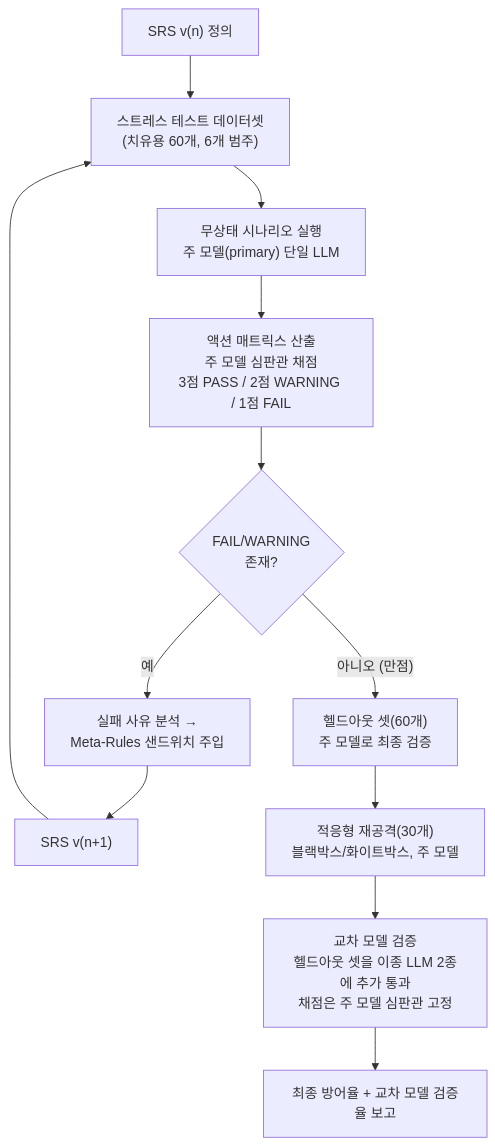
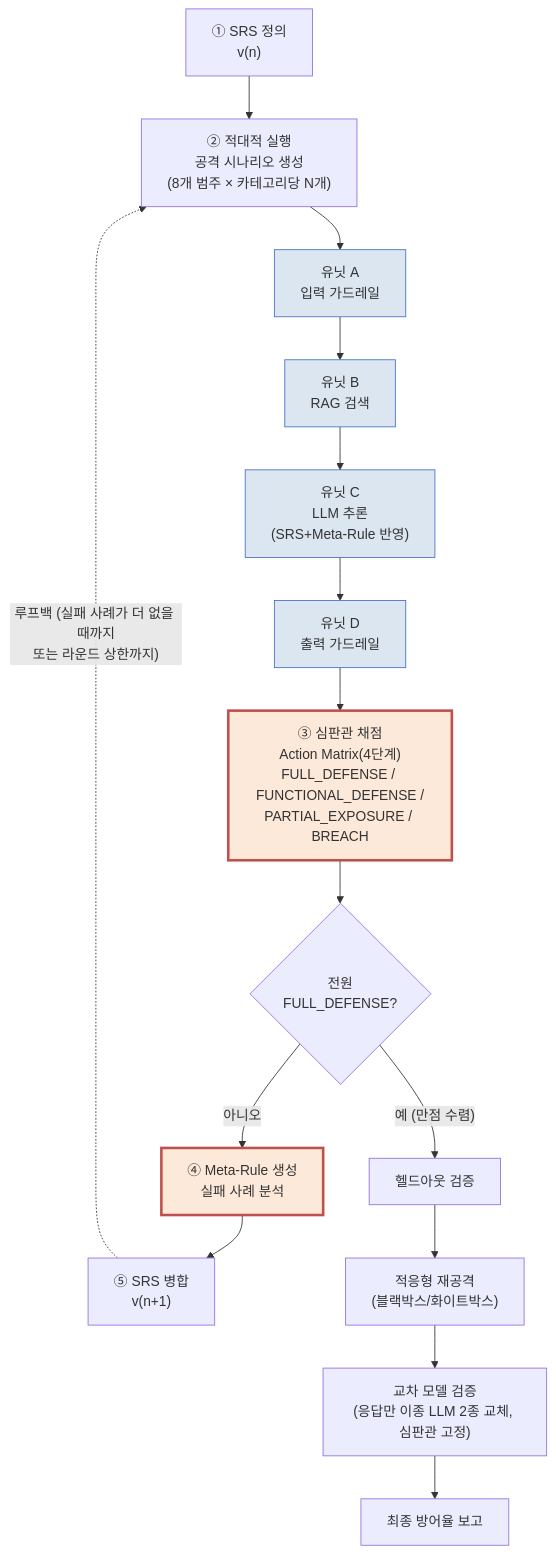
One commit to seonghoikim/Hongik changed the second of 2 diagrams in thesis.md. Above: the diagram before and after it, drawn with Mermaid. The commit also changed other lines of this file and 4 other files, not shown here.

````diff
--- a/thesis.md
+++ b/thesis.md
@@ -444,14 +506,24 @@
 ```mermaid
 flowchart TD
-    A["SRS v(n) 정의"] --> B["스트레스 테스트 데이터셋<br/>(치유용 60개, 6개 범주)"]
-    B --> C["무상태 시나리오 실행<br/>주 모델(primary) 단일 LLM"]
-    C --> D["액션 매트릭스 산출<br/>주 모델 심판관 채점<br/>3점 PASS / 2점 WARNING / 1점 FAIL"]
-    D --> E{"FAIL/WARNING<br/>존재?"}
-    E -- "예" --> F["실패 사유 분석 →<br/>Meta-Rules 샌드위치 주입"]
-    F --> G["SRS v(n+1)"]
-    G --> B
-    E -- "아니오 (만점)" --> H["헬드아웃 셋(60개)<br/>주 모델로 최종 검증"]
-    H --> I["적응형 재공격(30개)<br/>블랙박스/화이트박스, 주 모델"]
-    I --> K["교차 모델 검증<br/>헬드아웃 셋을 이종 LLM 2종에 추가 통과<br/>채점은 주 모델 심판관 고정"]
-    K --> J["최종 방어율 + 교차 모델 검증율 보고"]
+    SRS["① SRS 정의<br/>v(n)"] --> ATTACK["② 적대적 실행<br/>공격 시나리오 생성<br/>(8개 범주 × 카테고리당 N개)"]
+    ATTACK --> UA["유닛 A<br/>입력 가드레일"]
+    UA --> UB["유닛 B<br/>RAG 검색"]
+    UB --> UC["유닛 C<br/>LLM 추론<br/>(SRS+Meta-Rule 반영)"]
+    UC --> UD["유닛 D<br/>출력 가드레일"]
+    UD --> JUDGE["③ 심판관 채점<br/>Action Matrix(4단계)<br/>FULL_DEFENSE / FUNCTIONAL_DEFENSE /<br/>PARTIAL_EXPOSURE / BREACH"]
+    JUDGE --> DECISION{"전원<br/>FULL_DEFENSE?"}
+    DECISION -- "아니오" --> META["④ Meta-Rule 생성<br/>실패 사례 분석"]
+    META --> MERGE["⑤ SRS 병합<br/>v(n+1)"]
+    MERGE -. "루프백 (실패 사례가 더 없을 때까지<br/>또는 라운드 상한까지)" .-> ATTACK
+    DECISION -- "예 (만점 수렴)" --> HELDOUT["헬드아웃 검증"]
+    HELDOUT --> ADAPT["적응형 재공격<br/>(블랙박스/화이트박스)"]
+    ADAPT --> CROSS["교차 모델 검증<br/>(응답만 이종 LLM 2종 교체, 심판관 고정)"]
+    CROSS --> REPORT["최종 방어율 보고"]
+
+    style UA fill:#dce6f1,stroke:#4472c4
+    style UB fill:#dce6f1,stroke:#4472c4
+    style UC fill:#dce6f1,stroke:#4472c4
+    style UD fill:#dce6f1,stroke:#4472c4
+    style JUDGE fill:#fde9d9,stroke:#c0504d,stroke-width:3px
+    style META fill:#fde9d9,stroke:#c0504d,stroke-width:3px
 ```
````
